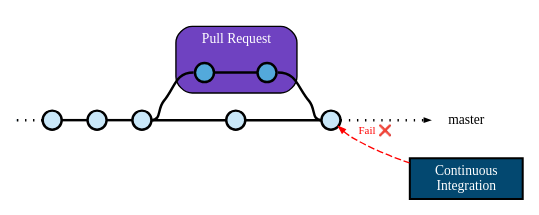
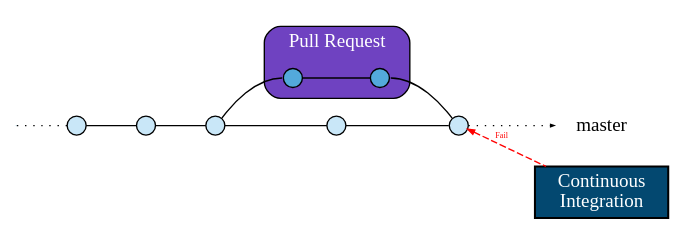
Before and after one commit to Mergifyio/mergify: the diagram in docs/source/actions/strict-mode-merge-ci-fail.dot, drawn with Graphviz. The commit also changed 6 other files, not shown here.

First line of the commit message:
docs(merge): clean graphs

```diff
--- a/docs/source/actions/strict-mode-merge-ci-fail.dot
+++ b/docs/source/actions/strict-mode-merge-ci-fail.dot
@@ -1,69 +1,65 @@
  strict digraph g {
     rankdir="LR";
-    nodesep=0.25;
-    ranksep=0.25;
     forcelabels=false;
     newrank=false;
-    fontname="Inconsolata Regular";
-    fontsize="10pt";
 
     // general
-    node [style=filled, color="black", fontcolor="black", fontsize="10pt", fontname="Inconsolata Regular"];
-    edge [color="black", arrowhead=none, penwidth=1.8, fontname="Inconsolata Regular"];
+    node [style=filled, color="black", fontcolor="black"];
+    edge [color="black", arrowhead=none];
 
     // graph
-    node [width=0.2, height=0.2, fixedsize=true, label="", shape=circle, penwidth=1.8, fillcolor="#FF0000"]
+    node [width=0.2, height=0.2, fixedsize=true, label="", shape=circle, fillcolor="#FF0000"]
 
 
     subgraph master {
         node [group="master", fillcolor="#C9E7F8"];
         ms;
         m0;
         m1;
         m2;
         me;
         mmerge;
 
         ms:e -> m0:w [style=dotted, arrowhead=none];
         m0:e -> m1:w;
         m1:e -> m2:w;
         m2:e -> m2bis:w;
         m2bis:e -> mmerge;
         mmerge:e -> me:w [style=dotted, arrowhead=normal, arrowsize=0.25];
     }
 
     subgraph {
         rank=min;
         ms [width=0, height=0, penwidth=0];
     }
 
     subgraph {
         rank=sink;
         me [label="master", shape=none, fixedsize=false, fillcolor=none, fontcolor=black];
     }
 
     subgraph pr {
         subgraph cluster_pr {
             subgraph {
                 rank=same;
                 pr11 [group="pr", fillcolor="#53A9DB"];
             }
             label="Pull Request";
             style="rounded,filled";
             fillcolor="#6F42C1";
             fontcolor="white";
             pr12 [group="pr", fillcolor="#53A9DB"];
             pr11 -> pr12;
         }
     }
 
-    m2:e -> pr11:w;
-    pr12:e -> mmerge:w;
+    m2 -> pr11:w;
+    pr12:e -> mmerge;
 
     subgraph ci {
         // CI connections
         ci [label="Continuous\nIntegration", fixedsize=false, shape="box", style="filled", fillcolor="#034870", fontcolor=white, penwidth=1.5]
-        edge [arrowhead=none, style=dashed, arrowsize=0.5, arrowtail=normal, color="#19d642", dir=both, penwidth=1, fontcolor="#19d642", fontsize="8pt"];
-        mmerge -> ci [label="Fail ❌", color="red", fontcolor="red"];
+        edge [arrowhead=none, style=dashed, arrowsize=0.5, arrowtail=normal, color="#19d642", dir=both, penwidth=1, fontcolor="#19d642", fontsize="6pt"];
+        mmerge -> ci [label="Fail", color="red", fontcolor="red"];
     }
 }
```
